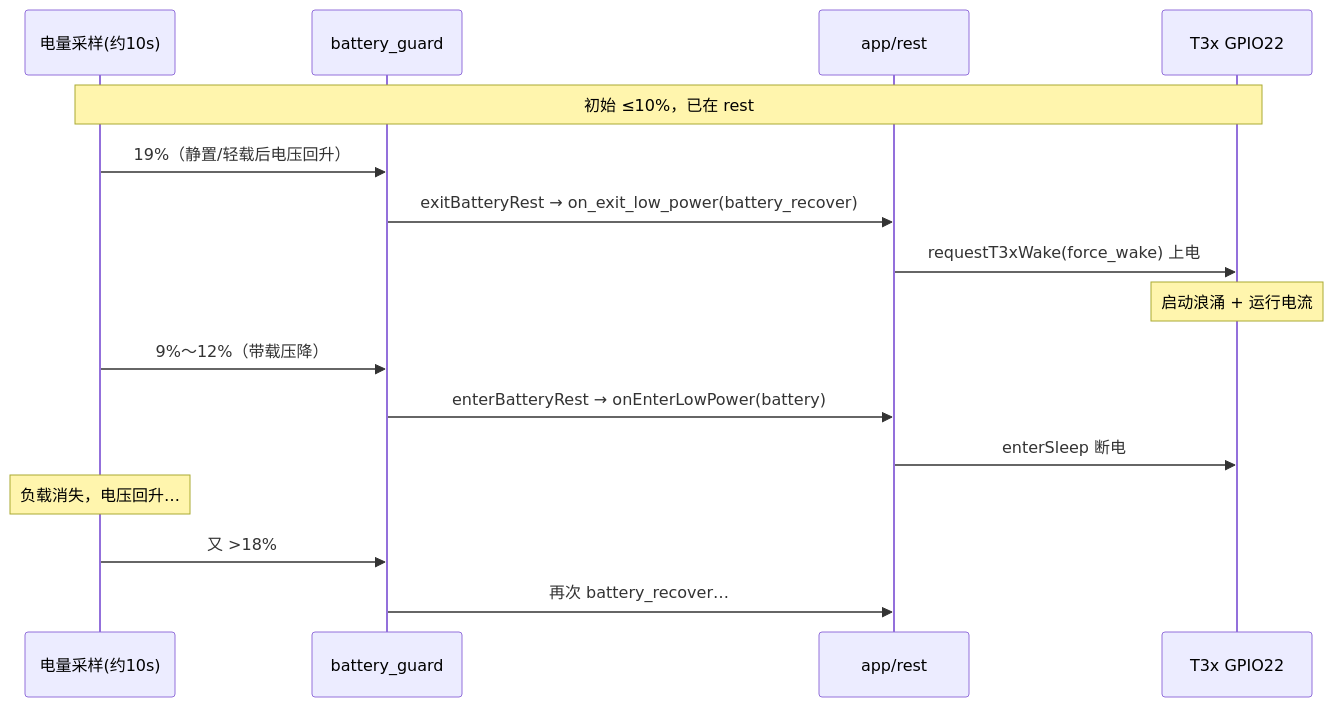
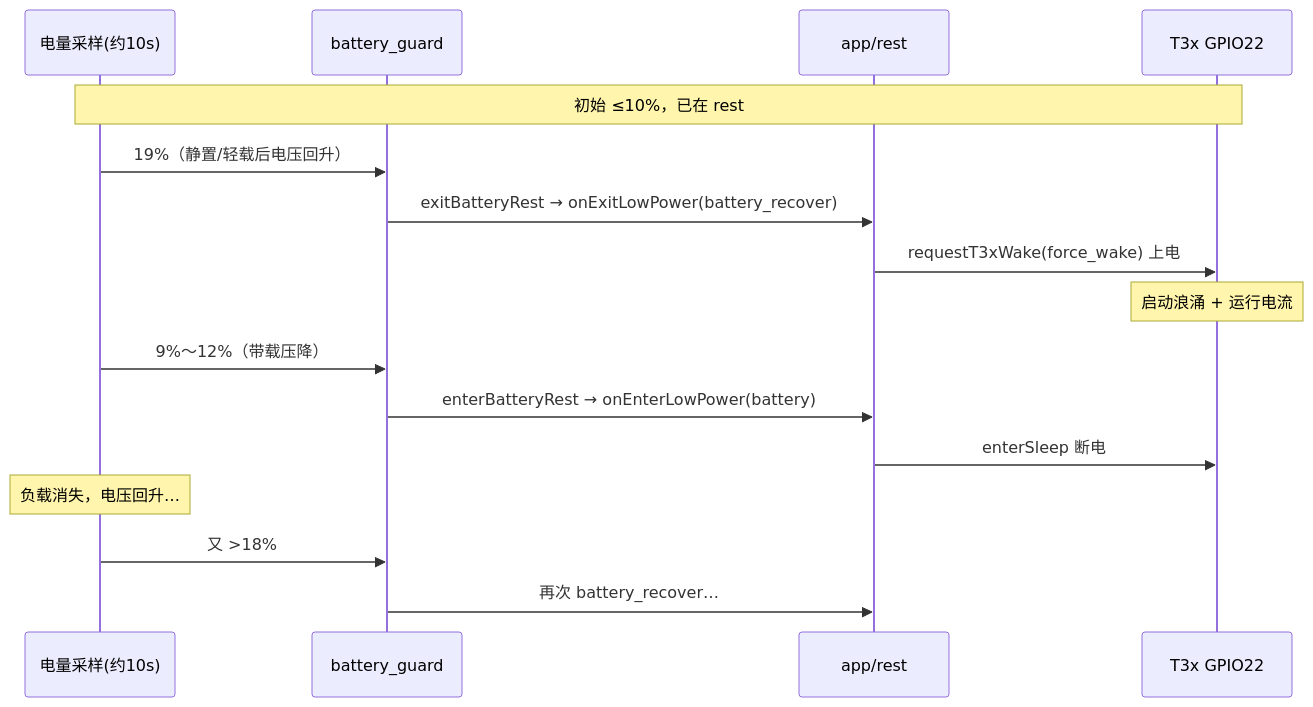
Before and after one commit to dzr1986/AIR780EHM: the second of 2 diagrams in doc/T3X_BATTERY_USB_T3X_OSCILLATION.md, drawn with Mermaid. The commit also changed other lines of this file and 84 other files, not shown here.

````diff
--- a/doc/T3X_BATTERY_USB_T3X_OSCILLATION.md
+++ b/doc/T3X_BATTERY_USB_T3X_OSCILLATION.md
@@ -119,19 +119,19 @@
 ```mermaid
 sequenceDiagram
     participant ADC as 电量采样(约10s)
     participant BG as battery_guard
     participant App as app/rest
     participant T3x as T3x GPIO22
 
     Note over ADC,T3x: 初始 ≤10%，已在 rest
     ADC->>BG: 19%（静置/轻载后电压回升）
-    BG->>App: exitBatteryRest → on_exit_low_power(battery_recover)
+    BG->>App: exitBatteryRest → onExitLowPower(battery_recover)
     App->>T3x: requestT3xWake(force_wake) 上电
     Note over T3x: 启动浪涌 + 运行电流
     ADC->>BG: 9%～12%（带载压降）
     BG->>App: enterBatteryRest → onEnterLowPower(battery)
     App->>T3x: enterSleep 断电
     Note over ADC: 负载消失，电压回升…
     ADC->>BG: 又 >18%
     BG->>App: 再次 battery_recover…
 ```
````
